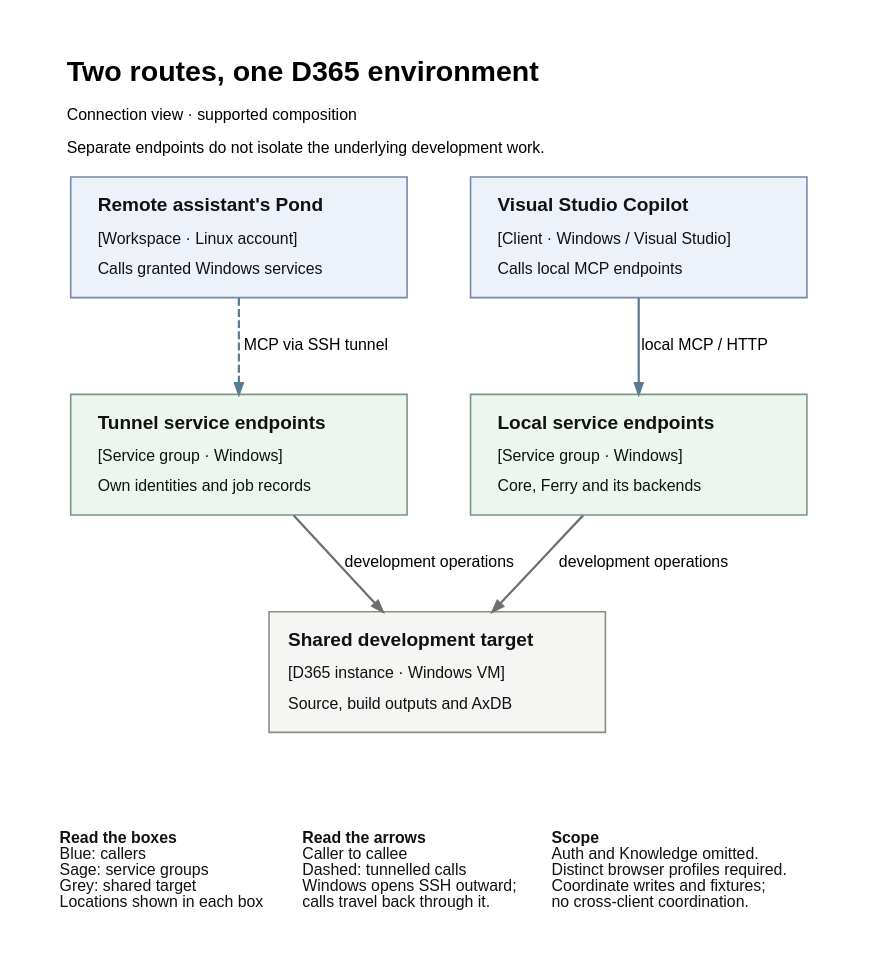
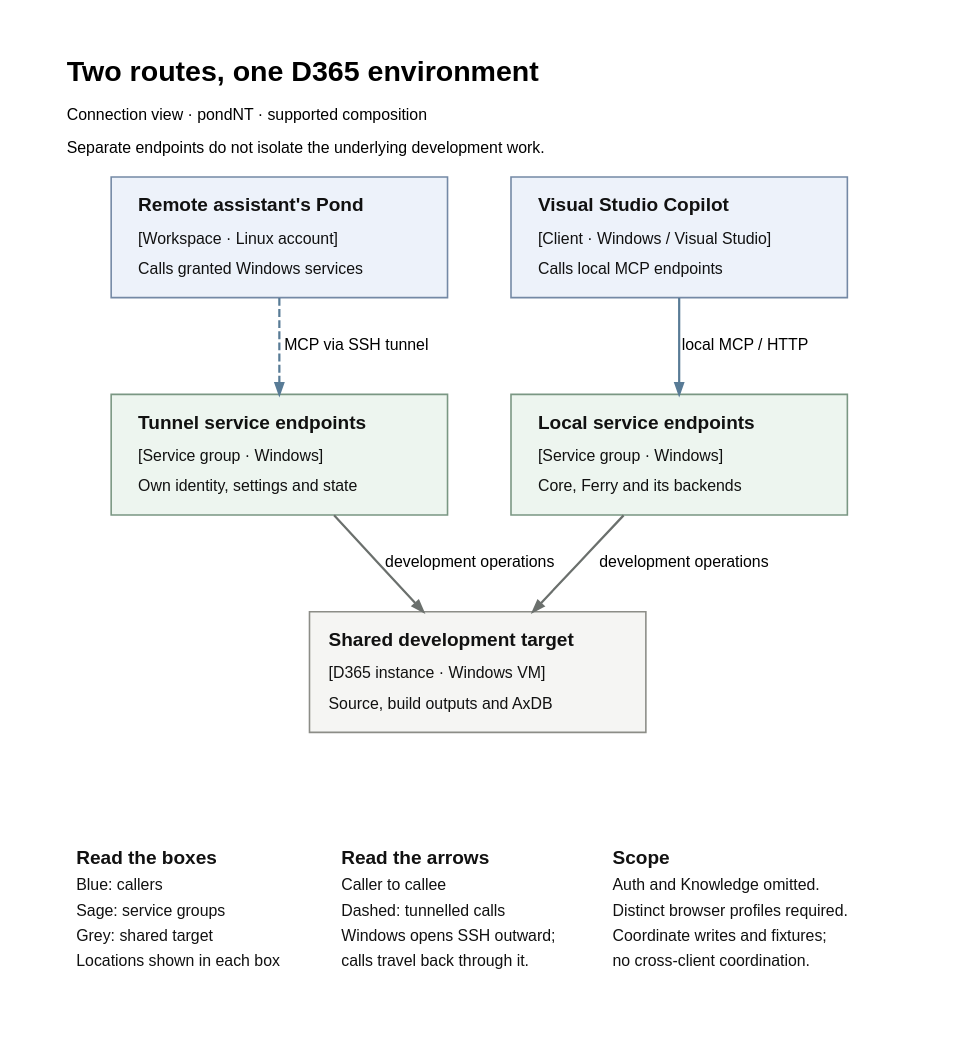
One commit to the-boring-crocodile/boring-pondnt changed the diagram in docs/working-routes.dot. Above: the diagram before and after it, drawn with Graphviz. The commit also changed 121 other files, not shown here.

```diff
--- a/docs/working-routes.dot
+++ b/docs/working-routes.dot
@@ -1,27 +1,27 @@
 // Connection view for WORKING_WITH_PONDNT.md. Render with Graphviz dot.
 // Groups of services are shown as groups, not single processes.
 digraph routes {
 graph [rankdir=TB, newrank=true, splines=line, nodesep=0.55, ranksep=0.7,
  bgcolor="#ffffff", pad=0.25, fontname="Helvetica", fontsize=10, labelloc=t, labeljust=l,
- label=<<TABLE BORDER="0" CELLSPACING="6"><TR><TD ALIGN="LEFT"><FONT POINT-SIZE="18"><B>Two routes, one D365 environment</B></FONT></TD></TR><TR><TD ALIGN="LEFT">Connection view · supported composition</TD></TR><TR><TD ALIGN="LEFT">Separate endpoints do not isolate the underlying development work.</TD></TR></TABLE>>];
+ label=<<TABLE BORDER="0" CELLSPACING="6"><TR><TD ALIGN="LEFT"><FONT POINT-SIZE="18"><B>Two routes, one D365 environment</B></FONT></TD></TR><TR><TD ALIGN="LEFT">Connection view · pondNT · supported composition</TD></TR><TR><TD ALIGN="LEFT">Separate endpoints do not isolate the underlying development work.</TD></TR></TABLE>>];
 node [shape=box,style=filled,fillcolor="#edf5ef",color="#7a9783",fontcolor="#111111",
  fontname="Helvetica",fontsize=10,width=2.95,height=1.05,fixedsize=true,margin="0.16,0.1"];
 edge [arrowsize=0.7,penwidth=1.4,color="#587b96",fontname="Helvetica",fontsize=10];
  pond [fillcolor="#edf2fa",color="#7489a5",label=<<TABLE BORDER="0" CELLSPACING="4"><TR><TD ALIGN="LEFT" WIDTH="183"><FONT POINT-SIZE="12"><B>Remote assistant's Pond</B></FONT></TD></TR><TR><TD ALIGN="LEFT">[Workspace · Linux account]</TD></TR><TR><TD ALIGN="LEFT">Calls granted Windows services</TD></TR></TABLE>>];
  copilot [fillcolor="#edf2fa",color="#7489a5",label=<<TABLE BORDER="0" CELLSPACING="4"><TR><TD ALIGN="LEFT" WIDTH="183"><FONT POINT-SIZE="12"><B>Visual Studio Copilot</B></FONT></TD></TR><TR><TD ALIGN="LEFT">[Client · Windows / Visual Studio]</TD></TR><TR><TD ALIGN="LEFT">Calls local MCP endpoints</TD></TR></TABLE>>];
- remote [label=<<TABLE BORDER="0" CELLSPACING="4"><TR><TD ALIGN="LEFT" WIDTH="183"><FONT POINT-SIZE="12"><B>Tunnel service endpoints</B></FONT></TD></TR><TR><TD ALIGN="LEFT">[Service group · Windows]</TD></TR><TR><TD ALIGN="LEFT">Own identities and job records</TD></TR></TABLE>>];
+ remote [label=<<TABLE BORDER="0" CELLSPACING="4"><TR><TD ALIGN="LEFT" WIDTH="183"><FONT POINT-SIZE="12"><B>Tunnel service endpoints</B></FONT></TD></TR><TR><TD ALIGN="LEFT">[Service group · Windows]</TD></TR><TR><TD ALIGN="LEFT">Own identity, settings and state</TD></TR></TABLE>>];
  local [label=<<TABLE BORDER="0" CELLSPACING="4"><TR><TD ALIGN="LEFT" WIDTH="183"><FONT POINT-SIZE="12"><B>Local service endpoints</B></FONT></TD></TR><TR><TD ALIGN="LEFT">[Service group · Windows]</TD></TR><TR><TD ALIGN="LEFT">Core, Ferry and its backends</TD></TR></TABLE>>];
  env [fillcolor="#f5f5f3",color="#8c8d87",label=<<TABLE BORDER="0" CELLSPACING="4"><TR><TD ALIGN="LEFT" WIDTH="183"><FONT POINT-SIZE="12"><B>Shared development target</B></FONT></TD></TR><TR><TD ALIGN="LEFT">[D365 instance · Windows VM]</TD></TR><TR><TD ALIGN="LEFT">Source, build outputs and AxDB</TD></TR></TABLE>>];
  {rank=same;remote;local;}
 {rank=same;pond;copilot;}
 pond -> remote [style=dashed,label="MCP via SSH tunnel"];
 copilot -> local [label="local MCP / HTTP"];
 remote -> env [color="#6b706d",label="development operations"];
 local -> env [color="#6b706d",label="development operations"];
-key [shape=plain,style="",fixedsize=false,label=<<TABLE BORDER="0" CELLSPACING="12" CELLPADDING="0"><TR>
-<TD ALIGN="LEFT" VALIGN="TOP"><B>Read the boxes</B><BR ALIGN="LEFT"/>Blue: callers<BR ALIGN="LEFT"/>Sage: service groups<BR ALIGN="LEFT"/>Grey: shared target<BR ALIGN="LEFT"/>Locations shown in each box<BR ALIGN="LEFT"/></TD>
-<TD ALIGN="LEFT" VALIGN="TOP"><B>Read the arrows</B><BR ALIGN="LEFT"/>Caller to callee<BR ALIGN="LEFT"/>Dashed: tunnelled calls<BR ALIGN="LEFT"/>Windows opens SSH outward;<BR ALIGN="LEFT"/>calls travel back through it.<BR ALIGN="LEFT"/></TD>
-<TD ALIGN="LEFT" VALIGN="TOP"><B>Scope</B><BR ALIGN="LEFT"/>Auth and Knowledge omitted.<BR ALIGN="LEFT"/>Distinct browser profiles required.<BR ALIGN="LEFT"/>Coordinate writes and fixtures;<BR ALIGN="LEFT"/>no cross-client coordination.<BR ALIGN="LEFT"/></TD>
+key [shape=plain,style="",fixedsize=false,label=<<TABLE BORDER="0" CELLSPACING="22" CELLPADDING="0"><TR>
+<TD ALIGN="LEFT" VALIGN="TOP"><TABLE BORDER="0" CELLSPACING="0" CELLPADDING="0" FIXEDSIZE="TRUE" WIDTH="145" HEIGHT="80" VALIGN="TOP" ALIGN="LEFT"><TR><TD ALIGN="LEFT" BALIGN="LEFT" HEIGHT="16"><FONT POINT-SIZE="12"><B>Read the boxes</B></FONT></TD></TR><TR><TD ALIGN="LEFT" BALIGN="LEFT" HEIGHT="16">Blue: callers</TD></TR><TR><TD ALIGN="LEFT" BALIGN="LEFT" HEIGHT="16">Sage: service groups</TD></TR><TR><TD ALIGN="LEFT" BALIGN="LEFT" HEIGHT="16">Grey: shared target</TD></TR><TR><TD ALIGN="LEFT" BALIGN="LEFT" HEIGHT="16">Locations shown in each box</TD></TR></TABLE></TD>
+<TD ALIGN="LEFT" VALIGN="TOP"><TABLE BORDER="0" CELLSPACING="0" CELLPADDING="0" FIXEDSIZE="TRUE" WIDTH="149" HEIGHT="80" VALIGN="TOP" ALIGN="LEFT"><TR><TD ALIGN="LEFT" BALIGN="LEFT" HEIGHT="16"><FONT POINT-SIZE="12"><B>Read the arrows</B></FONT></TD></TR><TR><TD ALIGN="LEFT" BALIGN="LEFT" HEIGHT="16">Caller to callee</TD></TR><TR><TD ALIGN="LEFT" BALIGN="LEFT" HEIGHT="16">Dashed: tunnelled calls</TD></TR><TR><TD ALIGN="LEFT" BALIGN="LEFT" HEIGHT="16">Windows opens SSH outward;</TD></TR><TR><TD ALIGN="LEFT" BALIGN="LEFT" HEIGHT="16">calls travel back through it.</TD></TR></TABLE></TD>
+<TD ALIGN="LEFT" VALIGN="TOP"><TABLE BORDER="0" CELLSPACING="0" CELLPADDING="0" FIXEDSIZE="TRUE" WIDTH="169" HEIGHT="80" VALIGN="TOP" ALIGN="LEFT"><TR><TD ALIGN="LEFT" BALIGN="LEFT" HEIGHT="16"><FONT POINT-SIZE="12"><B>Scope</B></FONT></TD></TR><TR><TD ALIGN="LEFT" BALIGN="LEFT" HEIGHT="16">Auth and Knowledge omitted.</TD></TR><TR><TD ALIGN="LEFT" BALIGN="LEFT" HEIGHT="16">Distinct browser profiles required.</TD></TR><TR><TD ALIGN="LEFT" BALIGN="LEFT" HEIGHT="16">Coordinate writes and fixtures;</TD></TR><TR><TD ALIGN="LEFT" BALIGN="LEFT" HEIGHT="16">no cross-client coordination.</TD></TR></TABLE></TD>
 </TR></TABLE>>];
 env -> key [style=invis,weight=100];
 }
```
